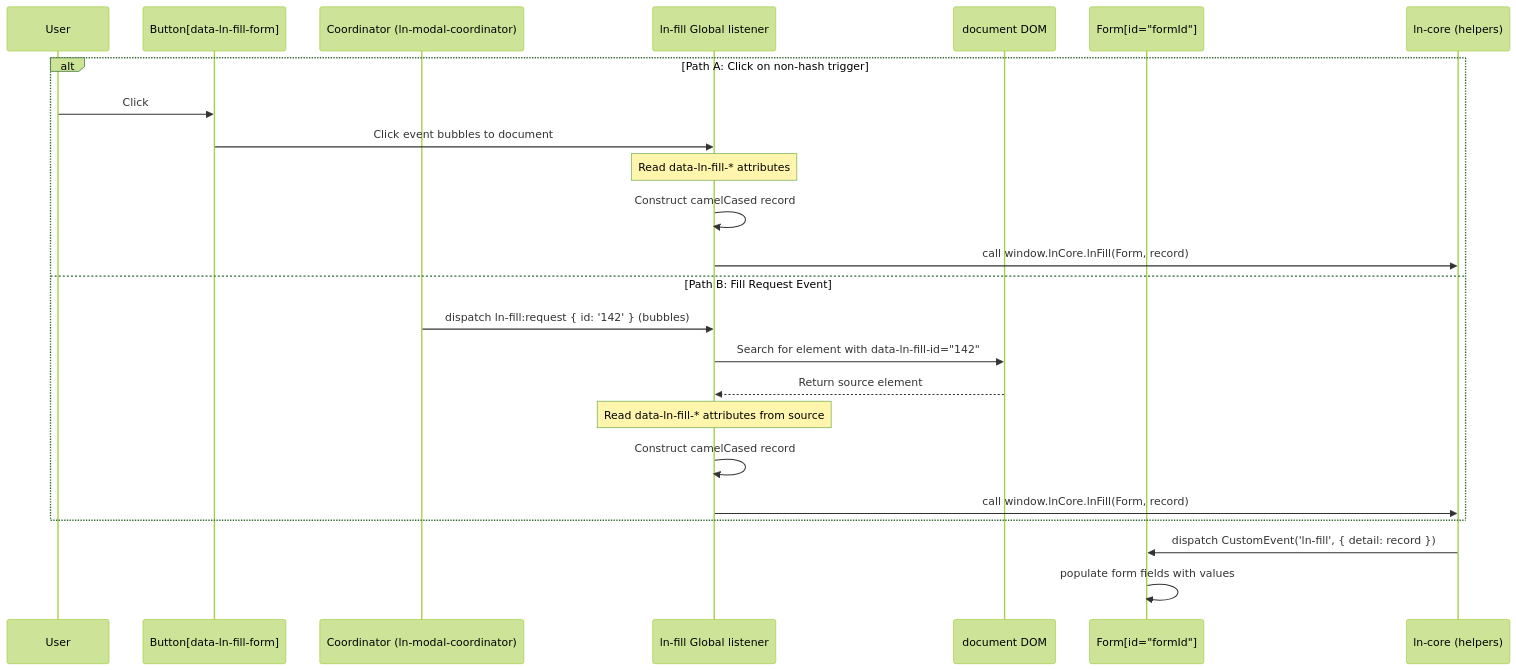
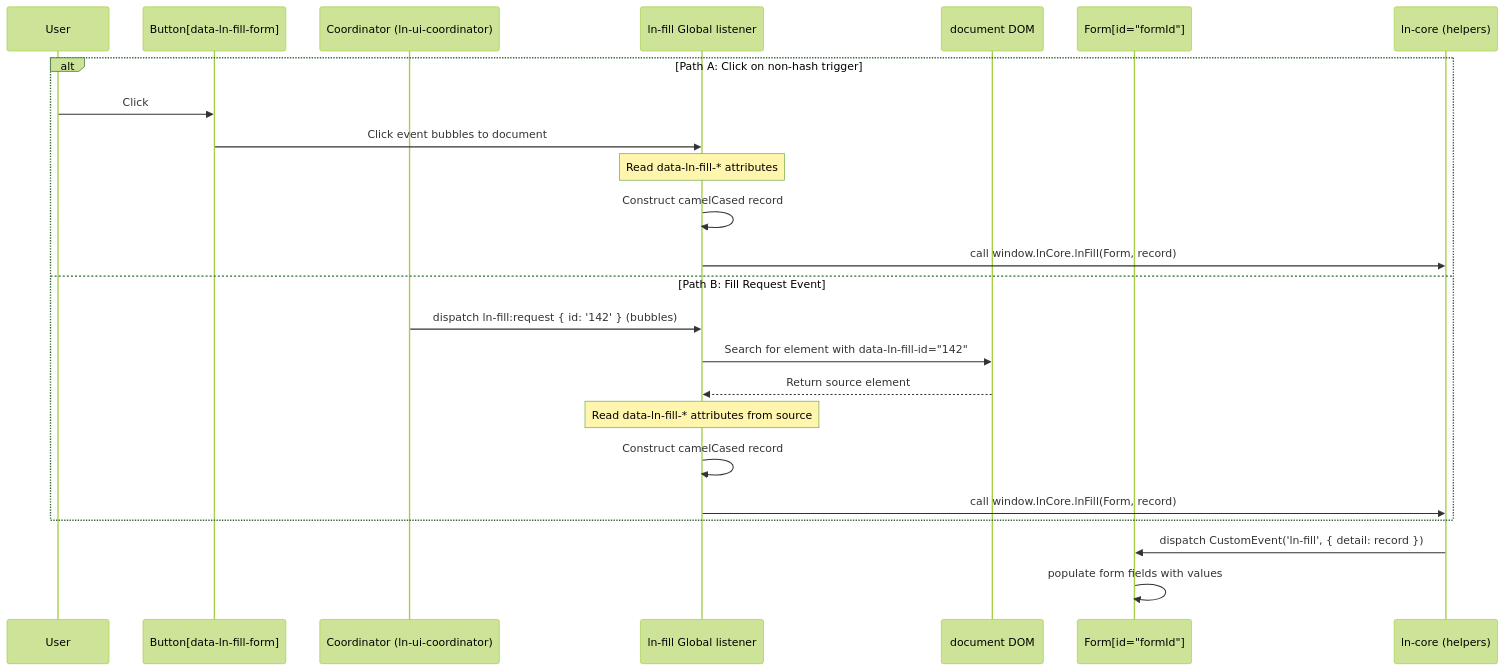
The diagram in docs-mcp/components/ln-fill.md (livenetworks/ln-ashlar), drawn with Mermaid (forest theme) before and after one commit. The commit also changed other lines of this file and 41 other files, not shown here.

Commit message:
feat(coordinator): introduce ln-ui-coordinator, clean ln-ajax Layer 1 boundaries, remove obsolete ln-modal-coordinator

````diff
--- a/docs-mcp/components/ln-fill.md
+++ b/docs-mcp/components/ln-fill.md
@@ -144,28 +144,28 @@
 ```mermaid
 sequenceDiagram
     participant User
     participant Trigger as Button[data-ln-fill-form]
-    participant Coordinator as Coordinator (ln-modal-coordinator)
+    participant Coordinator as Coordinator (ln-ui-coordinator)
     participant FillJS as ln-fill Global listener
     participant DOM as document DOM
     participant Form as Form[id="formId"]
     participant Core as ln-core (helpers)
 
     alt Path A: Click on non-hash trigger
         User->>Trigger: Click
         Trigger->>FillJS: Click event bubbles to document
         Note over FillJS: Read data-ln-fill-* attributes
         FillJS->>FillJS: Construct camelCased record
         FillJS->>Core: call window.lnCore.lnFill(Form, record)
     else Path B: Fill Request Event
         Coordinator->>FillJS: dispatch ln-fill:request { id: '142' } (bubbles)
         FillJS->>DOM: Search for element with data-ln-fill-id="142"
         DOM-->>FillJS: Return source element
         Note over FillJS: Read data-ln-fill-* attributes from source
         FillJS->>FillJS: Construct camelCased record
         FillJS->>Core: call window.lnCore.lnFill(Form, record)
     end
     
     Core->>Form: dispatch CustomEvent('ln-fill', { detail: record })
     Form->>Form: populate form fields with values
 ```
````
